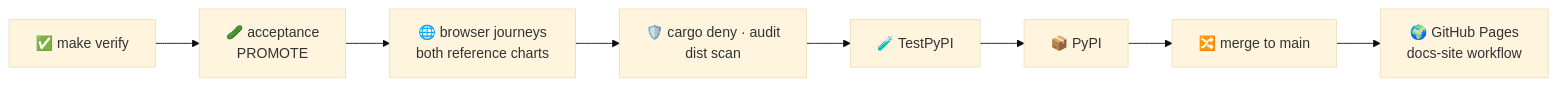
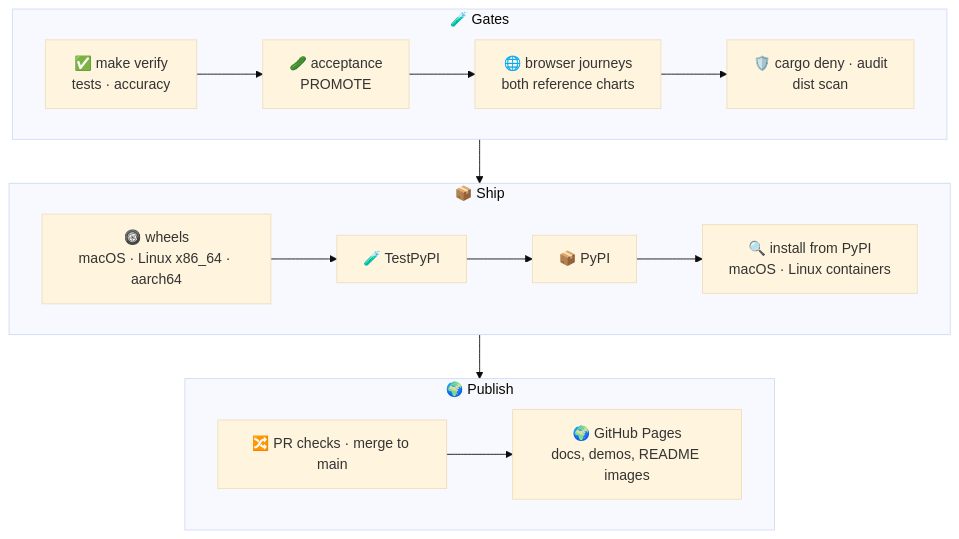
The third of 3 diagrams in README.md (Neo-Pragnya/ESHANA), drawn with Mermaid (base theme) before and after one commit. The commit also changed 19 other files, not shown here.

First line of the commit message:
Pending items: localised download labels, readable release diagram, tracker hygiene

````diff
--- a/README.md
+++ b/README.md
@@ -599,10 +599,16 @@
 ```mermaid
-flowchart LR
-    V["✅ make verify"] --> A["🥒 acceptance<br/>PROMOTE"]
-    A --> J["🌐 browser journeys<br/>both reference charts"]
-    J --> S["🛡️ cargo deny · audit<br/>dist scan"]
-    S --> T["🧪 TestPyPI"]
-    T --> P["📦 PyPI"]
-    P --> M["🔀 merge to main"]
-    M --> G["🌍 GitHub Pages<br/>docs-site workflow"]
+flowchart TB
+    subgraph gates["🧪 Gates"]
+        direction LR
+        V["✅ make verify<br/>tests · accuracy"] --> A["🥒 acceptance<br/>PROMOTE"] --> J["🌐 browser journeys<br/>both reference charts"] --> S["🛡️ cargo deny · audit<br/>dist scan"]
+    end
+    subgraph ship["📦 Ship"]
+        direction LR
+        W["🛞 wheels<br/>macOS · Linux x86_64 · aarch64"] --> T["🧪 TestPyPI"] --> P["📦 PyPI"] --> I["🔍 install from PyPI<br/>macOS · Linux containers"]
+    end
+    subgraph site["🌍 Publish"]
+        direction LR
+        M["🔀 PR checks · merge to main"] --> G["🌍 GitHub Pages<br/>docs, demos, README images"]
+    end
+    gates --> ship --> site
 ```
````
